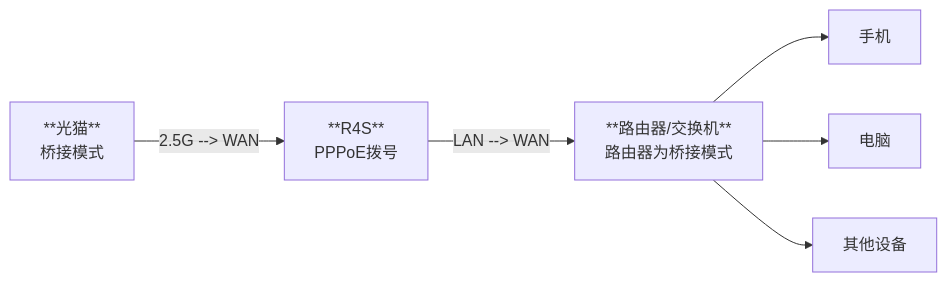
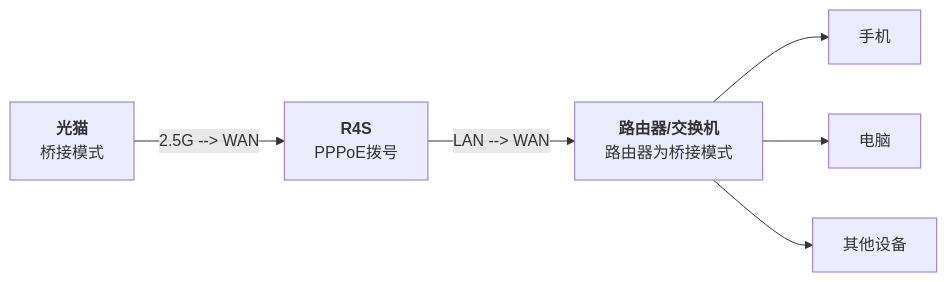
One commit to liWanr/liWanr.github.io changed the diagram in docs/dev/vpn/bleachwrt.md. Above: the diagram before and after it, drawn with Mermaid. The commit also changed other lines of this file, not shown here.

Commit message:
规范一下caption的书写格式

````diff
--- a/docs/dev/vpn/bleachwrt.md
+++ b/docs/dev/vpn/bleachwrt.md
@@ -44,8 +44,8 @@
     ``` mermaid
     graph LR
-    A[**光猫**<br>桥接模式] -->|2.5G --> WAN| B[**R4S**<br>PPPoE拨号];
-    B -->|LAN --> WAN| C[**路由器/交换机**<br>路由器为桥接模式]
+    A[<strong>光猫</strong><br>桥接模式] -->|2.5G --> WAN| B[<strong>R4S</strong><br>PPPoE拨号];
+    B -->|LAN --> WAN| C[<strong>路由器/交换机</strong><br>路由器为桥接模式]
     C --> D[手机]
     C --> E[电脑]
     C --> F[其他设备]
     ```
````
